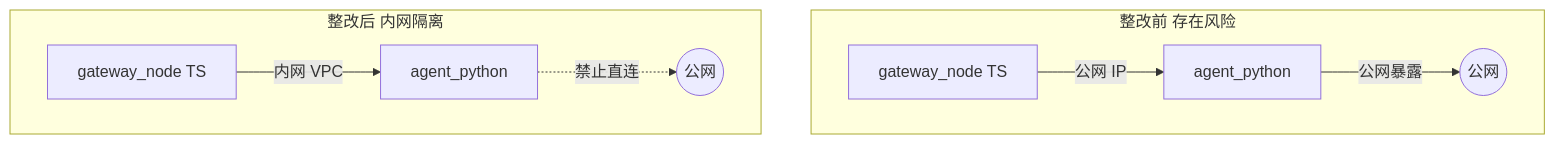
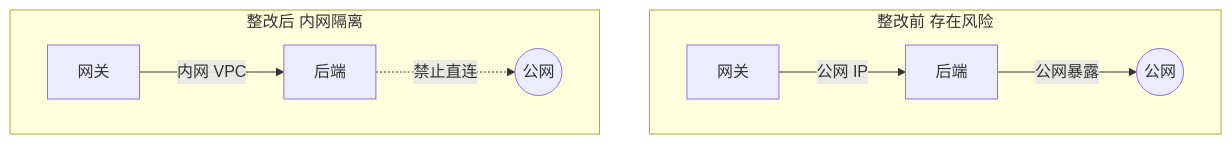
One commit to swipth/work-report changed the sixth of 7 diagrams in reports/2026-06-16/index.md. Above: the diagram before and after it, drawn with Mermaid. The commit also changed other lines of this file and 18 other files, not shown here.

````diff
--- a/reports/2026-06-16/index.md
+++ b/reports/2026-06-16/index.md
@@ -139,12 +139,12 @@
 ```mermaid
 flowchart TB
     subgraph net_before ["整改前 存在风险"]
-        S1["gateway_node TS"] -->|"公网 IP"| S2["agent_python"]
+        S1["网关"] -->|"公网 IP"| S2["后端"]
         S2 -->|"公网暴露"| Internet(("公网"))
     end
 
     subgraph net_after ["整改后 内网隔离"]
-        S3["gateway_node TS"] -->|"内网 VPC"| S4["agent_python"]
+        S3["网关"] -->|"内网 VPC"| S4["后端"]
         S4 -.->|"禁止直连"| Internet2(("公网"))
     end
 ```
````
